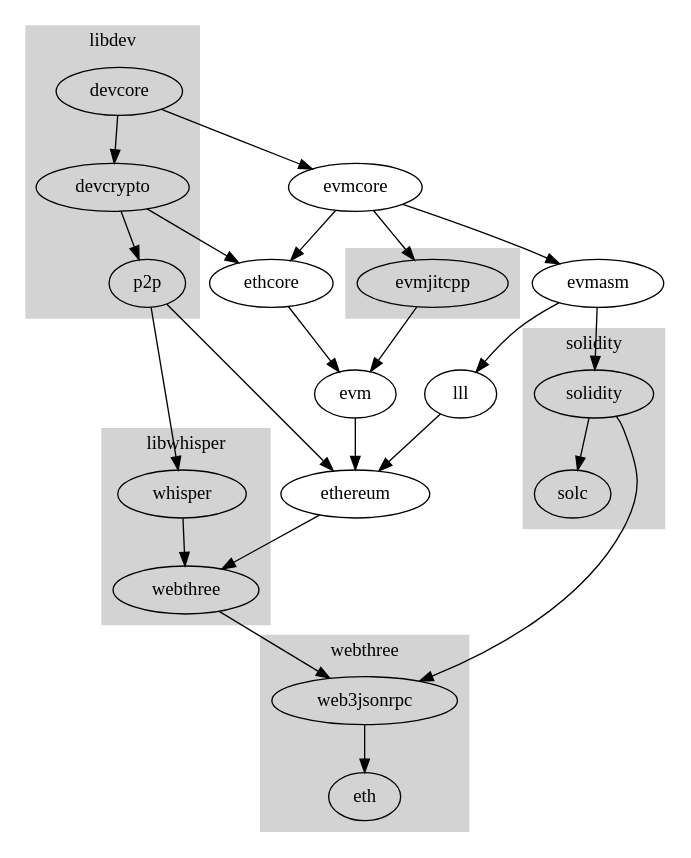
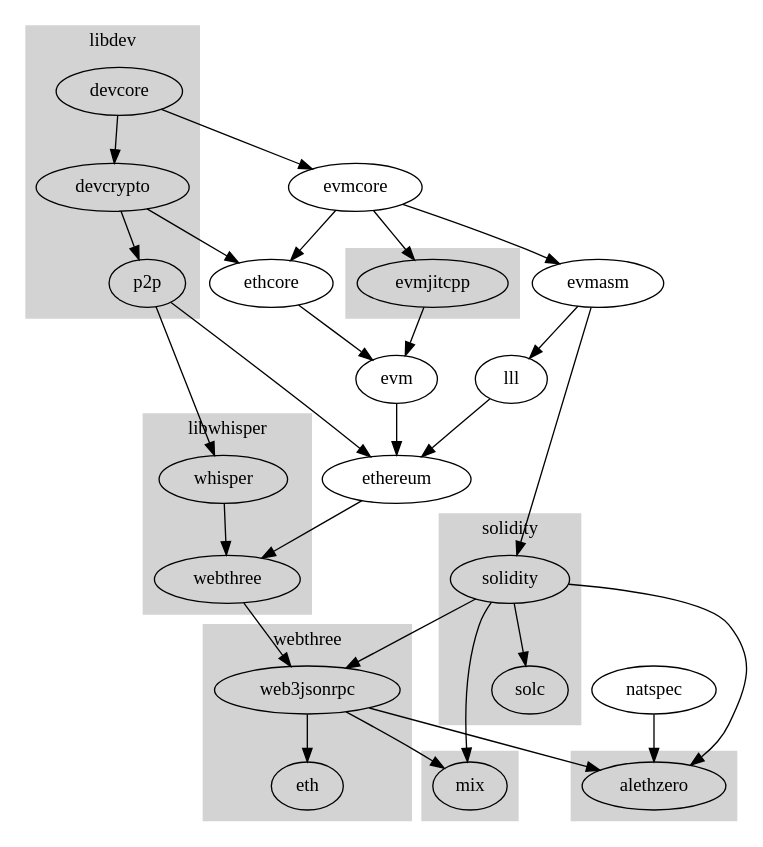
One commit to BaerChain/cpp-lsac changed the diagram in dependency_graph.dot. Above: the diagram before and after it, drawn with Graphviz. The commit also changed 808 other files, not shown here.

```diff
--- a/dependency_graph.dot
+++ b/dependency_graph.dot
@@ -1,50 +1,68 @@
 digraph G {
 	subgraph cluster_libdev {
 		devcore->devcrypto;
 		devcrypto->p2p;
 		label="libdev";
 		graph[style=filled,color=lightgrey];
 	}
 
 	p2p->whisper;
 	subgraph cluster_whisper {
 		whisper->webthree;
 		label = "libwhisper";
 		graph[style=filled,color=lightgrey];
 	}
 
 	ethereum -> webthree;
 
 	subgraph cluster_webthree {
 		webthree->web3jsonrpc;
 		web3jsonrpc->eth;
 		label = "webthree";
 		graph[style=filled,color=lightgrey];
 	}
 
 	subgraph cluster_solidity {
 		 solidity->solc;
 		 solidity->web3jsonrpc;
 		 label = "solidity";
 		graph[style=filled,color=lightgrey];
 	}
-
+	
 	evm->ethereum;
 	lll->ethereum;
 	devcrypto->ethcore;
 	devcore->evmcore;
 	p2p->ethereum;
 	evmcore->evmasm;
 	evmcore->evmjitcpp;
 	evmcore->ethcore;
 	evmjitcpp->evm;
 	ethcore->evm;
 	evmasm->lll;
 	evmasm->solidity;
 
 	subgraph cluster_evmjitcpp {
 		evmjitcpp;
 		graph[style=filled,color=lightgrey];
 	}
 
+	web3jsonrpc->alethzero;
+	natspec->alethzero;
+	solidity->alethzero;
+
+	subgraph cluster_alethzero {
+		alethzero;
+		graph[style=filled,color=lightgrey];
+	}
+
+	web3jsonrpc->mix;
+	solidity->mix;
+
+	subgraph cluster_mix {
+		mix;
+		graph[style=filled,color=lightgrey];
+	}
+
+
 }
```
